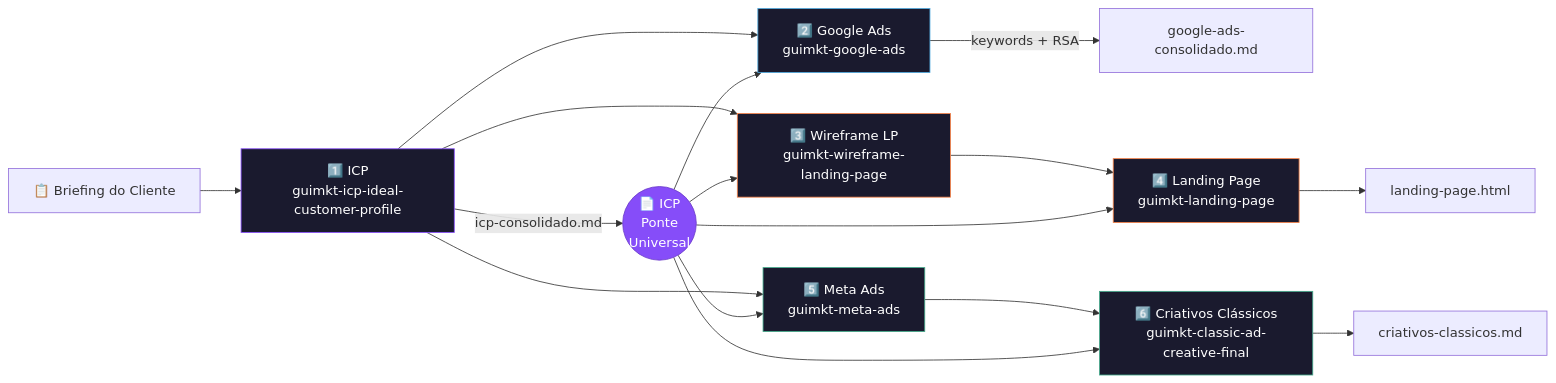
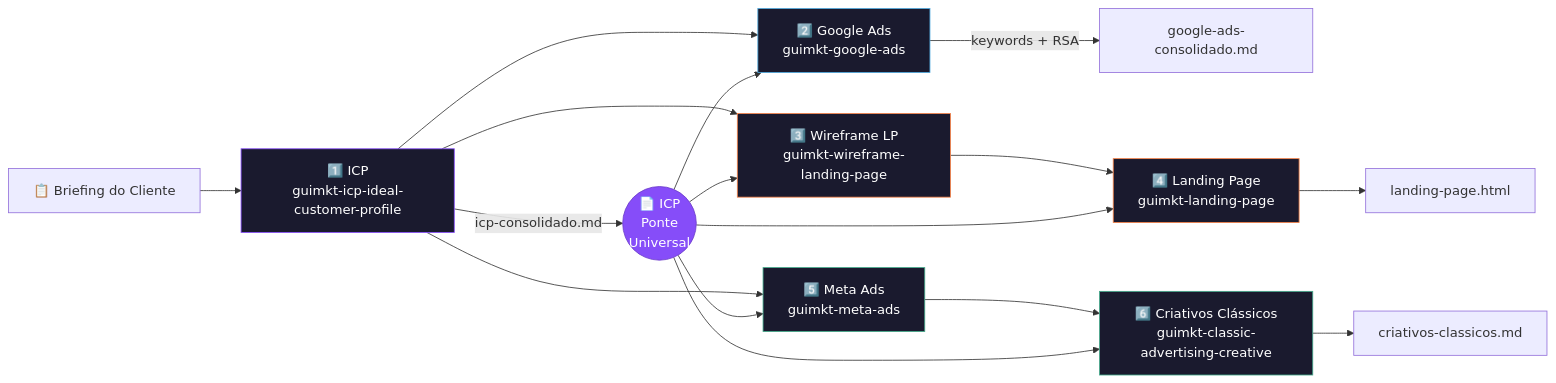
Before and after one commit to guilhermemarketing/esc-skills: the fourth of 4 diagrams in README.md, drawn with Mermaid. The commit also changed other lines of this file and 10 other files, not shown here.

````diff
--- a/README.md
+++ b/README.md
@@ -574,27 +572,27 @@
 ```mermaid
 flowchart LR
     B["📋 Briefing do Cliente"] --> S1
 
     S1["1️⃣ ICP\nguimkt-icp-ideal-customer-profile"] --> S2
     S1 --> S3
     S1 --> S5
 
     S2["2️⃣ Google Ads\nguimkt-google-ads"] --> |keywords + RSA| OUT2["google-ads-consolidado.md"]
 
     S3["3️⃣ Wireframe LP\nguimkt-wireframe-landing-page"] --> S4
     S4["4️⃣ Landing Page\nguimkt-landing-page"] --> OUT4["landing-page.html"]
 
     S5["5️⃣ Meta Ads\nguimkt-meta-ads"] --> S6
-    S6["6️⃣ Criativos Clássicos\nguimkt-classic-ad-creative-final"] --> OUT6["criativos-classicos.md"]
+    S6["6️⃣ Criativos Clássicos\nguimkt-classic-advertising-creative"] --> OUT6["criativos-classicos.md"]
 
     S1 --> |icp-consolidado.md| BRIDGE(("📄 ICP\nPonte\nUniversal"))
     BRIDGE --> S2 & S3 & S4 & S5 & S6
 
     style BRIDGE fill:#864df9,stroke:#6b3cc9,color:#fff
     style S1 fill:#1a1a2e,stroke:#864df9,color:#fff
     style S2 fill:#1a1a2e,stroke:#4ea8de,color:#fff
     style S3 fill:#1a1a2e,stroke:#f9844a,color:#fff
     style S4 fill:#1a1a2e,stroke:#f9844a,color:#fff
     style S5 fill:#1a1a2e,stroke:#43aa8b,color:#fff
     style S6 fill:#1a1a2e,stroke:#43aa8b,color:#fff
 ```
````
